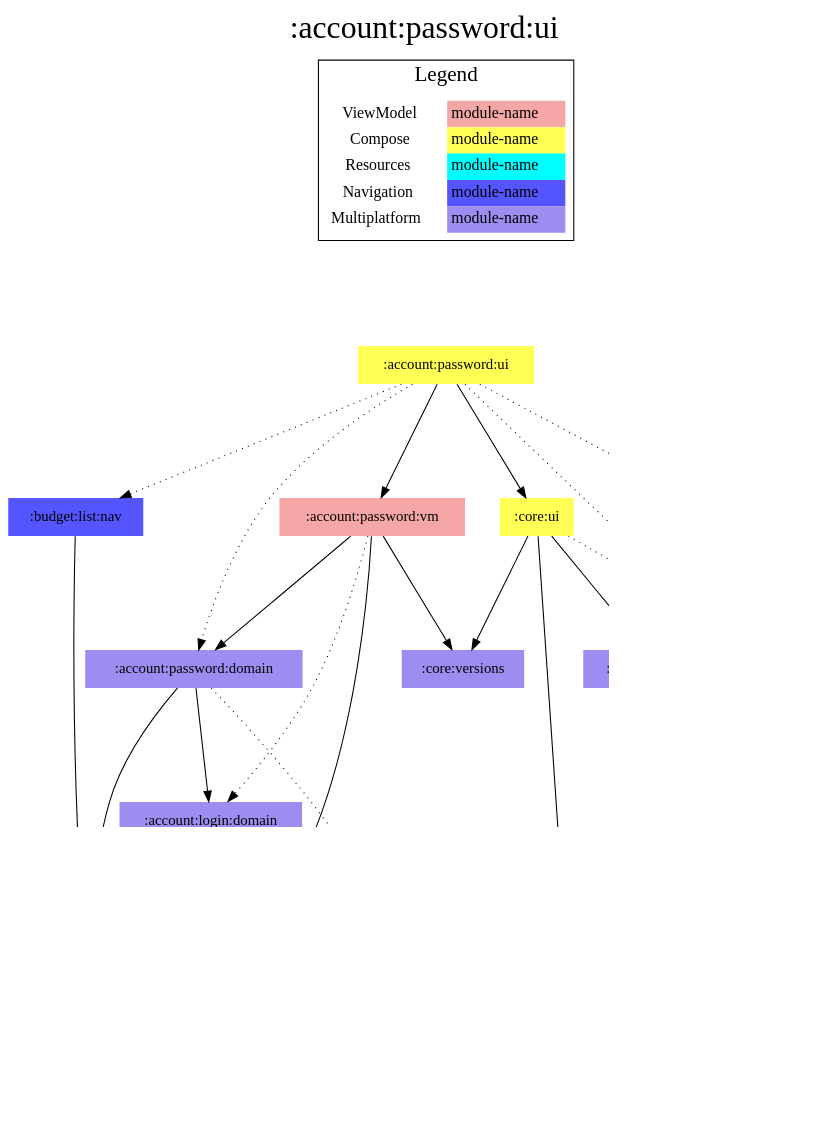
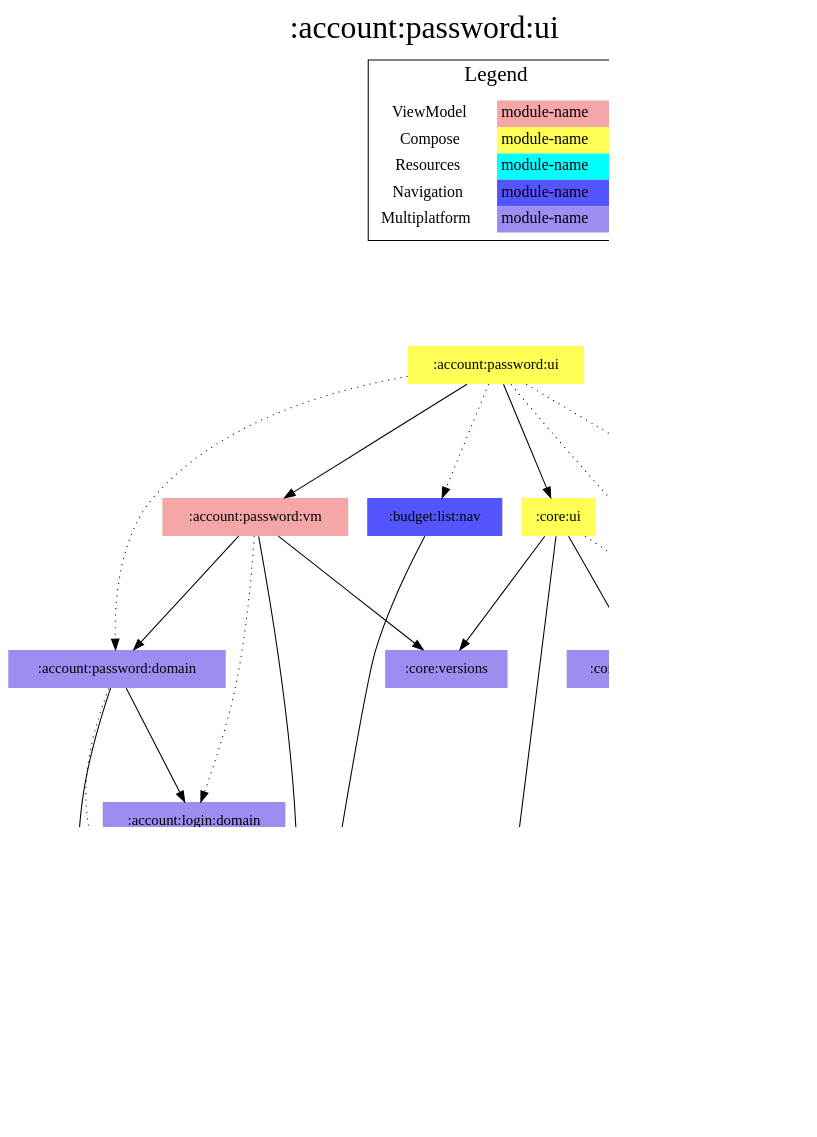
One commit to jonapoul/aktual changed the diagram in modules/account/password/ui/project-dependency-graph.dot. Above: the diagram before and after it, drawn with Graphviz. The commit also changed 113 other files, not shown here.

```diff
--- a/modules/account/password/ui/project-dependency-graph.dot
+++ b/modules/account/password/ui/project-dependency-graph.dot
@@ -1,61 +1,59 @@
 digraph {
 edge ["dir"="forward"]
 graph ["dpi"="100","label"=":account:password:ui","labelloc"="t","fontsize"="30","ranksep"="1.5","rankdir"="TB"]
 node ["style"="filled"]
+":account:login:domain" ["fillcolor"="#9D8DF1","shape"="none"]
+":account:model" ["fillcolor"="#9D8DF1","shape"="none"]
+":account:password:domain" ["fillcolor"="#9D8DF1","shape"="none"]
+":account:password:res" ["fillcolor"="#00FFFF","shape"="none"]
 ":account:password:ui" ["fillcolor"="#FFFF55","shape"="none"]
 ":account:password:vm" ["fillcolor"="#F5A6A6","shape"="none"]
-":account:model" ["fillcolor"="#9D8DF1","shape"="none"]
-":account:password:domain" ["fillcolor"="#9D8DF1","shape"="none"]
-":account:login:domain" ["fillcolor"="#9D8DF1","shape"="none"]
 ":api:actual" ["fillcolor"="#9D8DF1","shape"="none"]
+":budget:list:nav" ["fillcolor"="#5555FF","shape"="none"]
 ":budget:model" ["fillcolor"="#9D8DF1","shape"="none"]
-":url:model" ["fillcolor"="#9D8DF1","shape"="none"]
-":codegen:annotation" ["fillcolor"="#9D8DF1","shape"="none"]
-":core:versions" ["fillcolor"="#9D8DF1","shape"="none"]
-":core:ui" ["fillcolor"="#FFFF55","shape"="none"]
 ":core:colorscheme" ["fillcolor"="#9D8DF1","shape"="none"]
 ":core:res" ["fillcolor"="#00FFFF","shape"="none"]
-":account:password:res" ["fillcolor"="#00FFFF","shape"="none"]
-":budget:list:nav" ["fillcolor"="#5555FF","shape"="none"]
+":core:ui" ["fillcolor"="#FFFF55","shape"="none"]
+":core:versions" ["fillcolor"="#9D8DF1","shape"="none"]
+":url:model" ["fillcolor"="#9D8DF1","shape"="none"]
 {
 edge ["dir"="none"]
 graph ["rank"="same"]
 }
 ":account:login:domain" -> ":account:model"
 ":account:login:domain" -> ":api:actual" ["style"="dotted"]
 ":account:password:domain" -> ":account:login:domain"
 ":account:password:domain" -> ":account:model"
 ":account:password:domain" -> ":api:actual" ["style"="dotted"]
 ":account:password:ui" -> ":account:password:domain" ["style"="dotted"]
 ":account:password:ui" -> ":account:password:res" ["style"="dotted"]
 ":account:password:ui" -> ":account:password:vm"
 ":account:password:ui" -> ":budget:list:nav" ["style"="dotted"]
 ":account:password:ui" -> ":core:res" ["style"="dotted"]
 ":account:password:ui" -> ":core:ui"
 ":account:password:vm" -> ":account:login:domain" ["style"="dotted"]
 ":account:password:vm" -> ":account:model"
 ":account:password:vm" -> ":account:password:domain"
 ":account:password:vm" -> ":core:versions"
 ":api:actual" -> ":account:model"
 ":api:actual" -> ":budget:model"
-":api:actual" -> ":codegen:annotation" ["style"="dotted"]
 ":api:actual" -> ":url:model"
 ":budget:list:nav" -> ":account:model"
 ":core:ui" -> ":core:colorscheme"
 ":core:ui" -> ":core:res" ["style"="dotted"]
 ":core:ui" -> ":core:versions"
 ":core:ui" -> ":url:model"
 subgraph "cluster_legend" {
 edge ["dir"="none"]
 graph ["label"="Legend","fontsize"="20"]
 "Legend" ["style"="filled","fillcolor"="#FFFFFF","shape"="none","margin"="0","fontsize"="15","label"=<
 <TABLE BORDER="0" CELLBORDER="0" CELLSPACING="0" CELLPADDING="4">
 <TR><TD>ViewModel</TD><TD BGCOLOR="#F5A6A6">module-name</TD></TR>
 <TR><TD>Compose</TD><TD BGCOLOR="#FFFF55">module-name</TD></TR>
 <TR><TD>Resources</TD><TD BGCOLOR="#00FFFF">module-name</TD></TR>
 <TR><TD>Navigation</TD><TD BGCOLOR="#5555FF">module-name</TD></TR>
 <TR><TD>Multiplatform</TD><TD BGCOLOR="#9D8DF1">module-name</TD></TR>
 </TABLE>
 >]
 } -> ":account:password:ui" ["style"="invis"]
 }
```
